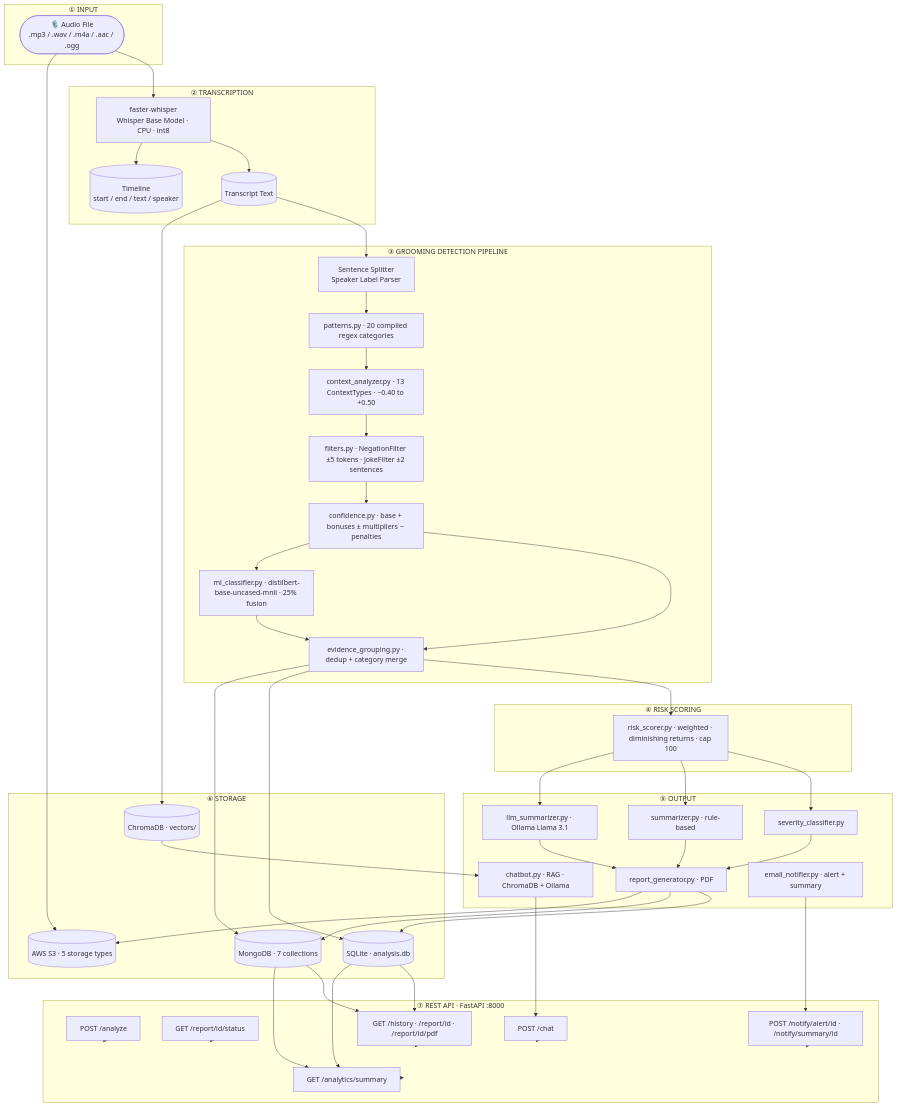
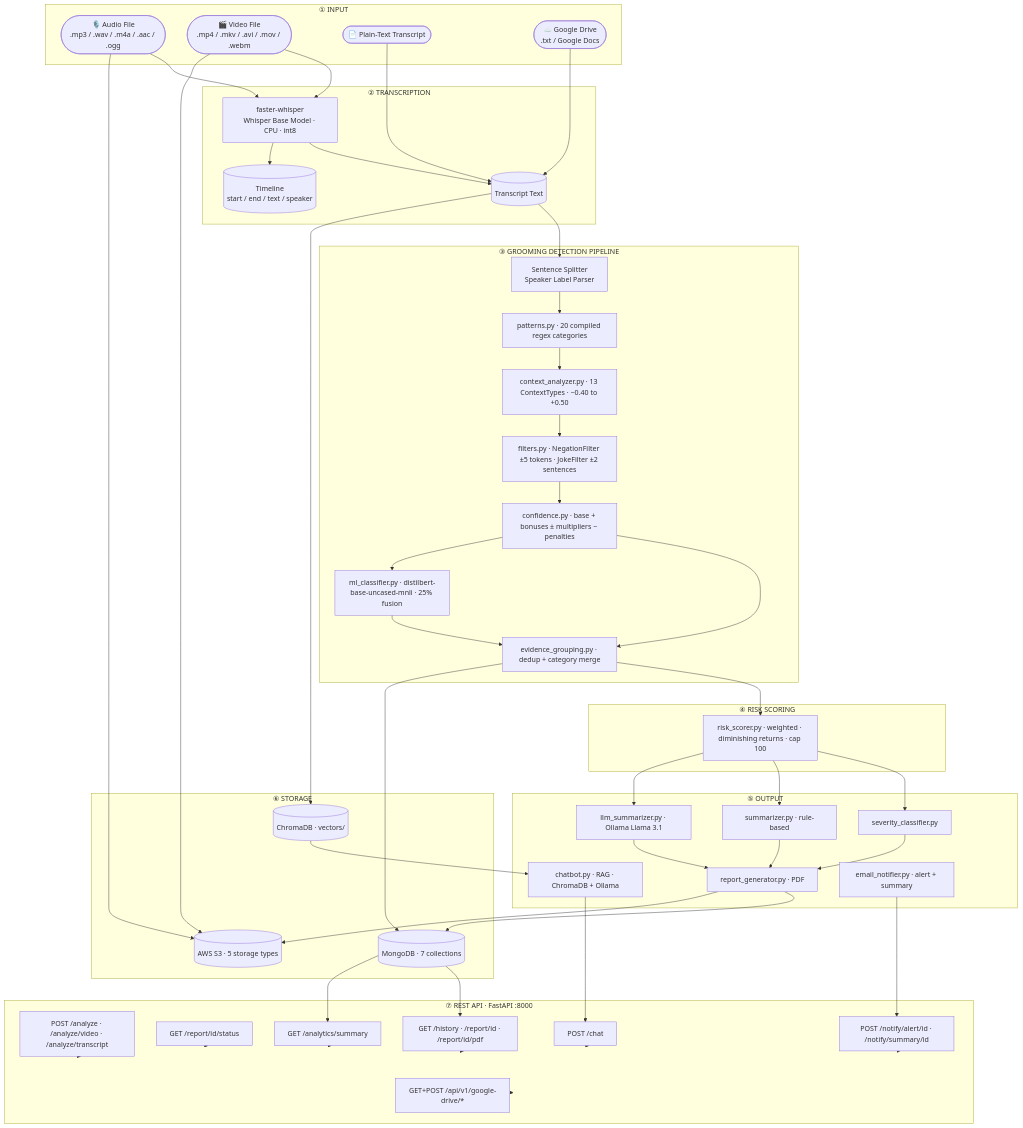
One commit to chitraganesan-sun2/Mw-saftey-Backend changed the diagram in README.md. Above: the diagram before and after it, drawn with Mermaid. The commit also changed other lines of this file and 11 other files, not shown here.

````diff
--- a/README.md
+++ b/README.md
@@ -9,65 +9,71 @@
 ```mermaid
 flowchart TD
     subgraph INPUT["① INPUT"]
-        A([🎙️ Audio File\n.mp3 / .wav / .m4a / .aac / .ogg])
+        A1([🎙️ Audio File\n.mp3 / .wav / .m4a / .aac / .ogg])
+        A2([🎬 Video File\n.mp4 / .mkv / .avi / .mov / .webm])
+        A3([📄 Plain-Text Transcript])
+        A4([☁️ Google Drive\n.txt / Google Docs])
     end
 
     subgraph TRANSCRIPTION["② TRANSCRIPTION"]
         B[faster-whisper\nWhisper Base Model · CPU · int8]
         B1[(Transcript Text)]
         B2[(Timeline\nstart / end / text / speaker)]
     end
 
     subgraph DETECTION["③ GROOMING DETECTION PIPELINE"]
         C[Sentence Splitter\nSpeaker Label Parser]
         PAT[patterns.py · 20 compiled regex categories]
         CTX[context_analyzer.py · 13 ContextTypes · −0.40 to +0.50]
         FIL[filters.py · NegationFilter ±5 tokens · JokeFilter ±2 sentences]
         CONF[confidence.py · base + bonuses ± multipliers − penalties]
         ML[ml_classifier.py · distilbert-base-uncased-mnli · 25% fusion]
         EG[evidence_grouping.py · dedup + category merge]
     end
 
     subgraph SCORING["④ RISK SCORING"]
         RS[risk_scorer.py · weighted · diminishing returns · cap 100]
     end
 
     subgraph OUTPUT["⑤ OUTPUT"]
         SV[severity_classifier.py]
         SUM[summarizer.py · rule-based]
         LLM[llm_summarizer.py · Ollama Llama 3.1]
         PDF[report_generator.py · PDF]
         BOT[chatbot.py · RAG · ChromaDB + Ollama]
         EMAIL[email_notifier.py · alert + summary]
     end
 
     subgraph STORAGE["⑥ STORAGE"]
-        DB[(SQLite · analysis.db)]
         MDB[(MongoDB · 7 collections)]
         S3[(AWS S3 · 5 storage types)]
         VEC[(ChromaDB · vectors/)]
     end
 
     subgraph API["⑦ REST API · FastAPI :8000"]
-        EP1[POST /analyze]
+        EP1[POST /analyze · /analyze/video · /analyze/transcript]
         EP2[GET /report/id/status]
         EP3[GET /history · /report/id · /report/id/pdf]
         EP4[POST /chat]
         EP5[POST /notify/alert/id · /notify/summary/id]
         EP6[GET /analytics/summary]
+        EP7[GET+POST /api/v1/google-drive/*]
     end
 
-    A --> B --> B1 & B2
+    A1 --> B --> B1 & B2
+    A2 --> B
+    A3 --> B1
+    A4 --> B1
     B1 --> C --> PAT --> CTX --> FIL --> CONF --> EG
     CONF --> ML --> EG
     EG --> RS --> SV & SUM & LLM
     SV & SUM & LLM --> PDF
-    PDF --> DB & MDB & S3
-    A --> S3
+    PDF --> MDB & S3
+    A1 & A2 --> S3
     B1 --> VEC --> BOT
-    EG --> DB & MDB
-    DB & MDB --> EP3 & EP6
+    EG --> MDB
+    MDB --> EP3 & EP6
     BOT --> EP4
     EMAIL --> EP5
-    EP1 & EP2 & EP3 & EP4 & EP5 & EP6 --> API
+    EP1 & EP2 & EP3 & EP4 & EP5 & EP6 & EP7 --> API
 ```
````
